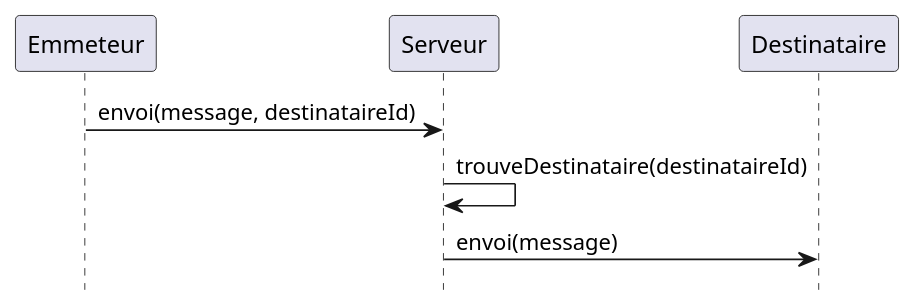
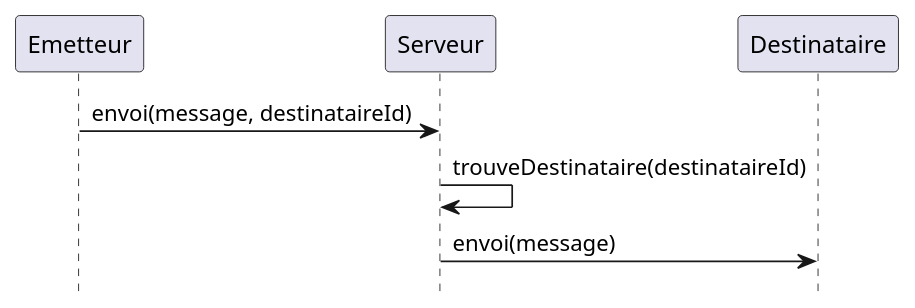
The diagram in S3/assets/plantuml/Serveur.plantuml (thomasGuibert/Cours-Design), drawn with PlantUML before and after one commit. The commit also changed 9 other files, not shown here.

Commit message:
fix emmeteur to emetteur

```diff
--- a/S3/assets/plantuml/Serveur.plantuml
+++ b/S3/assets/plantuml/Serveur.plantuml
@@ -1,9 +1,9 @@
 @startuml Serveur
 scale 600*600
 hide footbox
 
-Emmeteur -> Serveur: envoi(message, destinataireId)
+Emetteur -> Serveur: envoi(message, destinataireId)
 Serveur -> Serveur: trouveDestinataire(destinataireId)
 Serveur -> Destinataire: envoi(message)
 
 @enduml
```
